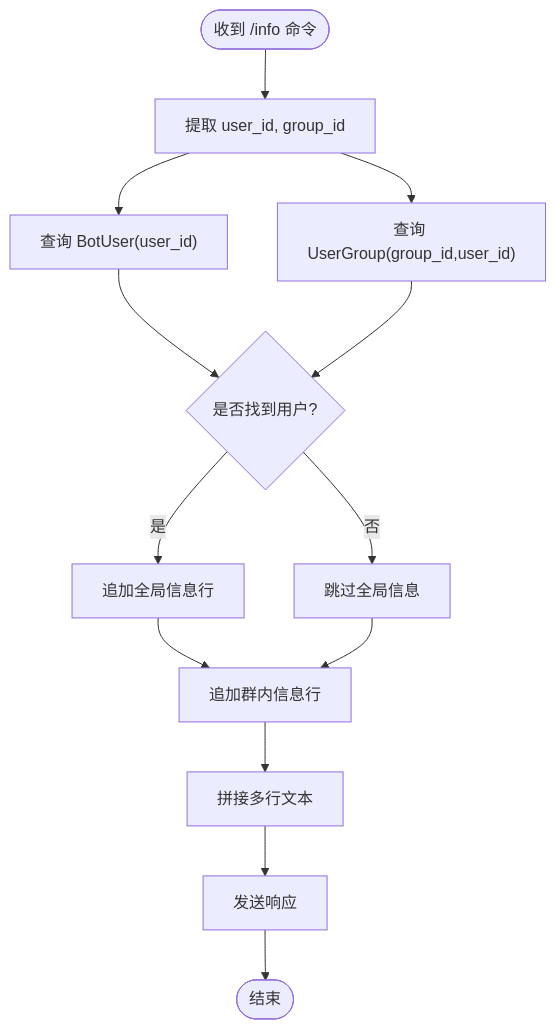
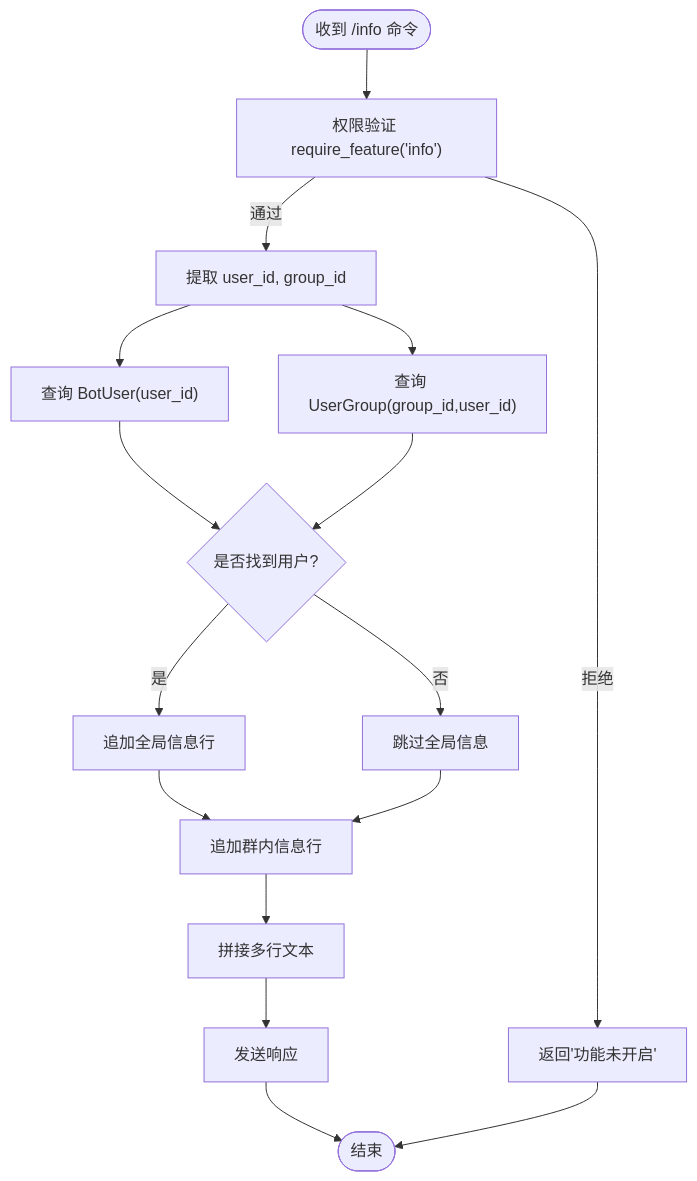
Before and after one commit to Wohaokunr/yawn_bot: the fourth of 9 diagrams in .qoder/repowiki/zh/content/核心功能模块/用户信息查询.md, drawn with Mermaid. The commit also changed other lines of this file and 10 other files, not shown here.

````diff
--- a/.qoder/repowiki/zh/content/核心功能模块/用户信息查询.md
+++ b/.qoder/repowiki/zh/content/核心功能模块/用户信息查询.md
@@ -200,15 +271,18 @@
 ```mermaid
 flowchart TD
-Start(["收到 /info 命令"]) --> Parse["提取 user_id, group_id"]
+Start(["收到 /info 命令"]) --> PermCheck["权限验证 require_feature('info')"]
+PermCheck --> |通过| Parse["提取 user_id, group_id"]
+PermCheck --> |拒绝| Deny["返回'功能未开启'"]
 Parse --> QueryUser["查询 BotUser(user_id)"]
 Parse --> QueryUG["查询 UserGroup(group_id,user_id)"]
 QueryUser --> BuildLines{"是否找到用户?"}
 QueryUG --> BuildLines
 BuildLines --> |是| AppendGlobal["追加全局信息行"]
 BuildLines --> |否| SkipGlobal["跳过全局信息"]
 AppendGlobal --> AppendGroup["追加群内信息行"]
 SkipGlobal --> AppendGroup
 AppendGroup --> Format["拼接多行文本"]
 Format --> Reply["发送响应"]
 Reply --> End(["结束"])
+Deny --> End
 ```
````
